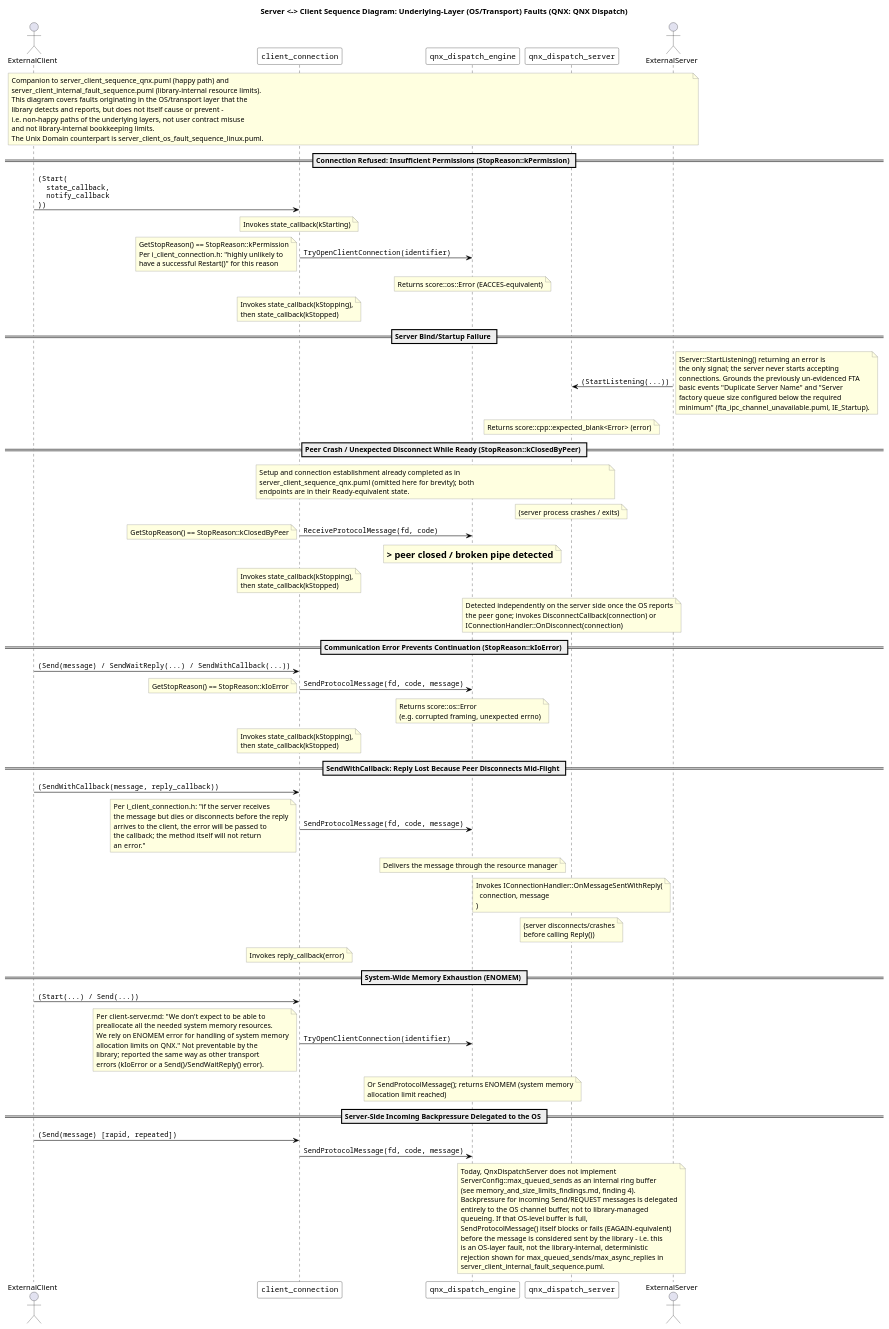
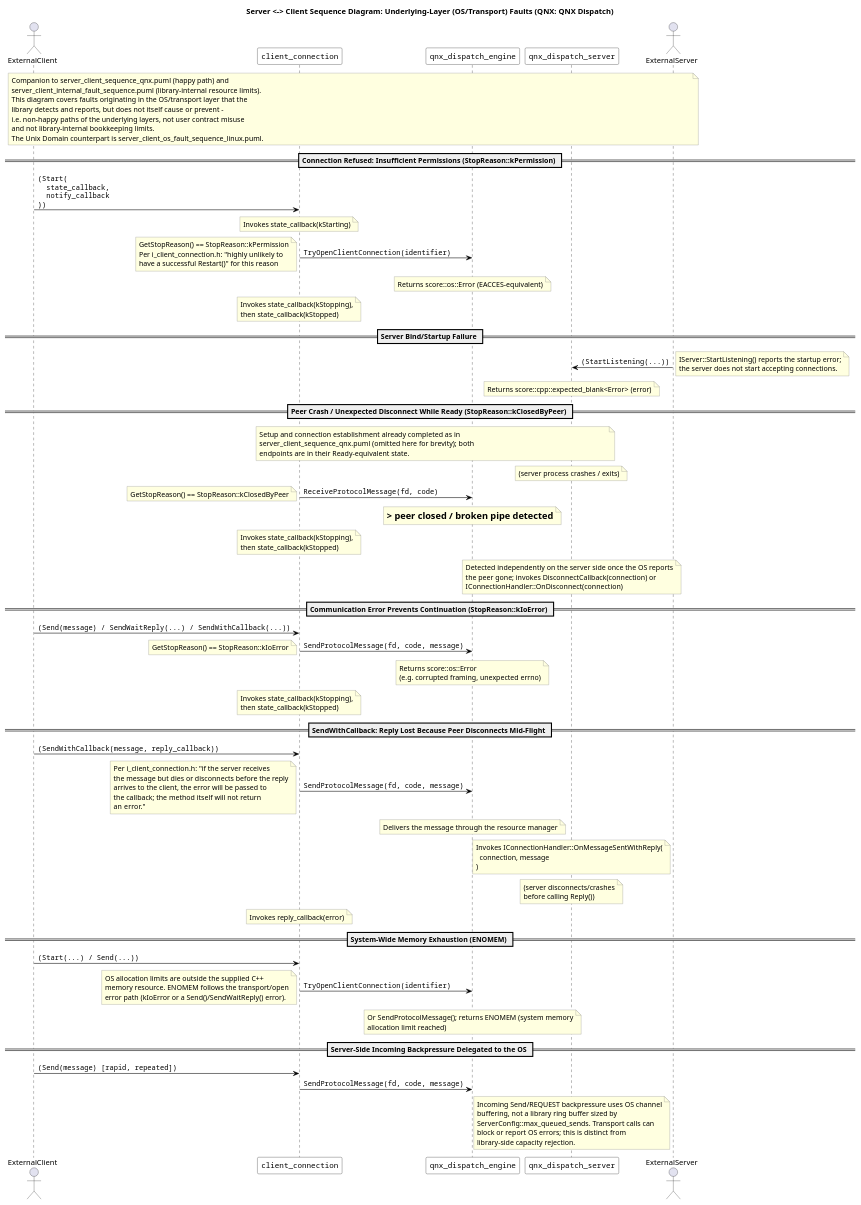
The diagram in score/message_passing/dependability/software_architectural_design/server_client_os_fault_sequence_qnx.puml (eclipse-score/communication), drawn with PlantUML before and after one commit. The commit also changed 35 other files, not shown here.

Commit message:
message_passing: add QnxDispatchEngine unit design

```diff
--- a/score/message_passing/dependability/software_architectural_design/server_client_os_fault_sequence_qnx.puml
+++ b/score/message_passing/dependability/software_architectural_design/server_client_os_fault_sequence_qnx.puml
@@ -14,104 +14,104 @@
 @startuml
 
 <style>
 .OS {
     LineThickness 5.0
 }
 </style>
 
 skinparam sequenceArrowColor Black
 skinparam sequenceParticipantBackgroundColor White
 skinparam sequenceParticipantBorderColor Black
 skinparam sequenceLifeLineBorderColor Black
 skinparam sequenceGroupBorderColor DarkGray
 skinparam sequenceGroupBodyBackgroundColor #FAFAFA
 skinparam NoteBackgroundColor LightYellow
 skinparam NoteBorderColor Gray
 skinparam NoteTextAlignment left
 skinparam ParticipantFontName Courier
 skinparam sequenceFontName Courier
 skinparam ArrowFontName Courier
 
 title Server <-> Client Sequence Diagram: Underlying-Layer (OS/Transport) Faults (QNX: QNX Dispatch)
 
 actor ExternalClient
 participant client_connection
 participant qnx_dispatch_engine
 participant qnx_dispatch_server
 actor ExternalServer
 
 note across : Companion to server_client_sequence_qnx.puml (happy path) and\nserver_client_internal_fault_sequence.puml (library-internal resource limits).\nThis diagram covers faults originating in the OS/transport layer that the\nlibrary detects and reports, but does not itself cause or prevent -\ni.e. non-happy paths of the underlying layers, not user contract misuse\nand not library-internal bookkeeping limits.\nThe Unix Domain counterpart is server_client_os_fault_sequence_linux.puml.
 
 ' -----------------------------------------------------------------
 == Connection Refused: Insufficient Permissions (StopReason::kPermission) ==
 ' -----------------------------------------------------------------
 
 ExternalClient -> client_connection : (Start(\n  state_callback,\n  notify_callback\n))
 note over client_connection : Invokes state_callback(kStarting)
 client_connection -> qnx_dispatch_engine : TryOpenClientConnection(identifier)
 note over qnx_dispatch_engine : Returns score::os::Error (EACCES-equivalent)
 note over client_connection : Invokes state_callback(kStopping),\nthen state_callback(kStopped)
 note left : GetStopReason() == StopReason::kPermission\nPer i_client_connection.h: "highly unlikely to\nhave a successful Restart()" for this reason
 
 ' -----------------------------------------------------------------
 == Server Bind/Startup Failure ==
 ' -----------------------------------------------------------------
 
 ExternalServer -> qnx_dispatch_server : (StartListening(...))
 note over qnx_dispatch_server : Returns score::cpp::expected_blank<Error> (error)
-note right : IServer::StartListening() returning an error is\nthe only signal; the server never starts accepting\nconnections. Grounds the previously un-evidenced FTA\nbasic events "Duplicate Server Name" and "Server\nfactory queue size configured below the required\nminimum" (fta_ipc_channel_unavailable.puml, IE_Startup).
+note right : IServer::StartListening() reports the startup error;\nthe server does not start accepting connections.
 
 ' -----------------------------------------------------------------
 == Peer Crash / Unexpected Disconnect While Ready (StopReason::kClosedByPeer) ==
 ' -----------------------------------------------------------------
 
 note over client_connection, qnx_dispatch_server : Setup and connection establishment already completed as in\nserver_client_sequence_qnx.puml (omitted here for brevity); both\nendpoints are in their Ready-equivalent state.
 
 note over qnx_dispatch_server : (server process crashes / exits)
 client_connection -> qnx_dispatch_engine : ReceiveProtocolMessage(fd, code)
 note over qnx_dispatch_engine : => peer closed / broken pipe detected
 note over client_connection : Invokes state_callback(kStopping),\nthen state_callback(kStopped)
 note left : GetStopReason() == StopReason::kClosedByPeer
 
 note over qnx_dispatch_server : Detected independently on the server side once the OS reports\nthe peer gone; invokes DisconnectCallback(connection) or\nIConnectionHandler::OnDisconnect(connection)
 
 ' -----------------------------------------------------------------
 == Communication Error Prevents Continuation (StopReason::kIoError) ==
 ' -----------------------------------------------------------------
 
 ExternalClient -> client_connection : (Send(message) / SendWaitReply(...) / SendWithCallback(...))
 client_connection -> qnx_dispatch_engine : SendProtocolMessage(fd, code, message)
 note over qnx_dispatch_engine : Returns score::os::Error\n(e.g. corrupted framing, unexpected errno)
 note over client_connection : Invokes state_callback(kStopping),\nthen state_callback(kStopped)
 note left : GetStopReason() == StopReason::kIoError
 
 ' -----------------------------------------------------------------
 == SendWithCallback: Reply Lost Because Peer Disconnects Mid-Flight ==
 ' -----------------------------------------------------------------
 
 ExternalClient -> client_connection : (SendWithCallback(message, reply_callback))
 client_connection -> qnx_dispatch_engine : SendProtocolMessage(fd, code, message)
 note over qnx_dispatch_engine : Delivers the message through the resource manager
 note over qnx_dispatch_server : Invokes IConnectionHandler::OnMessageSentWithReply(\n  connection, message\n)
 note over qnx_dispatch_server : (server disconnects/crashes\nbefore calling Reply())
 note over client_connection : Invokes reply_callback(error)
 note left : Per i_client_connection.h: "if the server receives\nthe message but dies or disconnects before the reply\narrives to the client, the error will be passed to\nthe callback; the method itself will not return\nan error."
 
 ' -----------------------------------------------------------------
 == System-Wide Memory Exhaustion (ENOMEM) ==
 ' -----------------------------------------------------------------
 
 ExternalClient -> client_connection : (Start(...) / Send(...))
 client_connection -> qnx_dispatch_engine : TryOpenClientConnection(identifier)
 note over qnx_dispatch_engine : Or SendProtocolMessage(); returns ENOMEM (system memory\nallocation limit reached)
-note left : Per client-server.md: "We don't expect to be able to\npreallocate all the needed system memory resources.\nWe rely on ENOMEM error for handling of system memory\nallocation limits on QNX." Not preventable by the\nlibrary; reported the same way as other transport\nerrors (kIoError or a Send()/SendWaitReply() error).
+note left : OS allocation limits are outside the supplied C++\nmemory resource. ENOMEM follows the transport/open\nerror path (kIoError or a Send()/SendWaitReply() error).
 
 ' -----------------------------------------------------------------
 == Server-Side Incoming Backpressure Delegated to the OS ==
 ' -----------------------------------------------------------------
 
 ExternalClient -> client_connection : (Send(message) [rapid, repeated])
 client_connection -> qnx_dispatch_engine : SendProtocolMessage(fd, code, message)
-note over qnx_dispatch_server : Today, QnxDispatchServer does not implement\nServerConfig::max_queued_sends as an internal ring buffer\n(see memory_and_size_limits_findings.md, finding 4).\nBackpressure for incoming Send/REQUEST messages is delegated\nentirely to the OS channel buffer, not to library-managed\nqueueing. If that OS-level buffer is full,\nSendProtocolMessage() itself blocks or fails (EAGAIN-equivalent)\nbefore the message is considered sent by the library - i.e. this\nis an OS-layer fault, not the library-internal, deterministic\nrejection shown for max_queued_sends/max_async_replies in\nserver_client_internal_fault_sequence.puml.
+note over qnx_dispatch_server : Incoming Send/REQUEST backpressure uses OS channel\nbuffering, not a library ring buffer sized by\nServerConfig::max_queued_sends. Transport calls can\nblock or report OS errors; this is distinct from\nlibrary-side capacity rejection.
 
 @enduml
```
